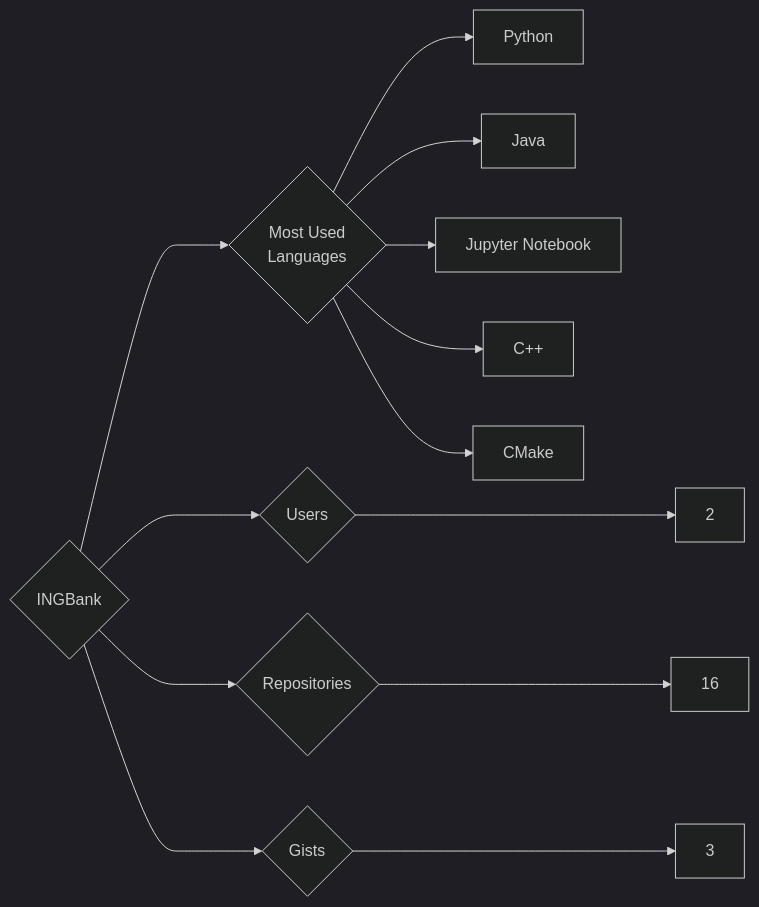
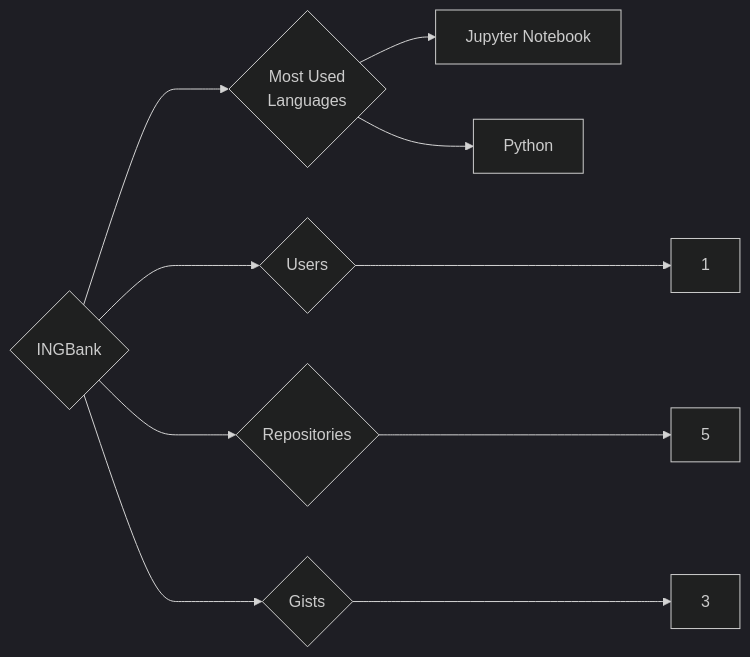
The diagram in targets/INGBank/README.md (trickest/insiders), drawn with Mermaid (dark theme) before and after one commit. The commit also changed 1023 other files, not shown here.

````diff
--- a/targets/INGBank/README.md
+++ b/targets/INGBank/README.md
@@ -3,13 +3,10 @@
 ```mermaid
 graph LR
 COMPANY_NAME{INGBank}
-COMPANY_NAME ---> U{Users} ---> UN[2]
-COMPANY_NAME ---> R{Repositories} ---> RN[16]
+COMPANY_NAME ---> U{Users} ---> UN[1]
+COMPANY_NAME ---> R{Repositories} ---> RN[5]
 COMPANY_NAME ---> G{Gists} ---> GN[3]
 COMPANY_NAME ---> ML{Most Used<br>Languages}
+ML --> Jupyter_Notebook[Jupyter Notebook]
 ML --> Python[Python]
-ML --> Java[Java]
-ML --> Jupyter_Notebook[Jupyter Notebook]
-ML --> C++[C++]
-ML --> CMake[CMake]
 ```
````
